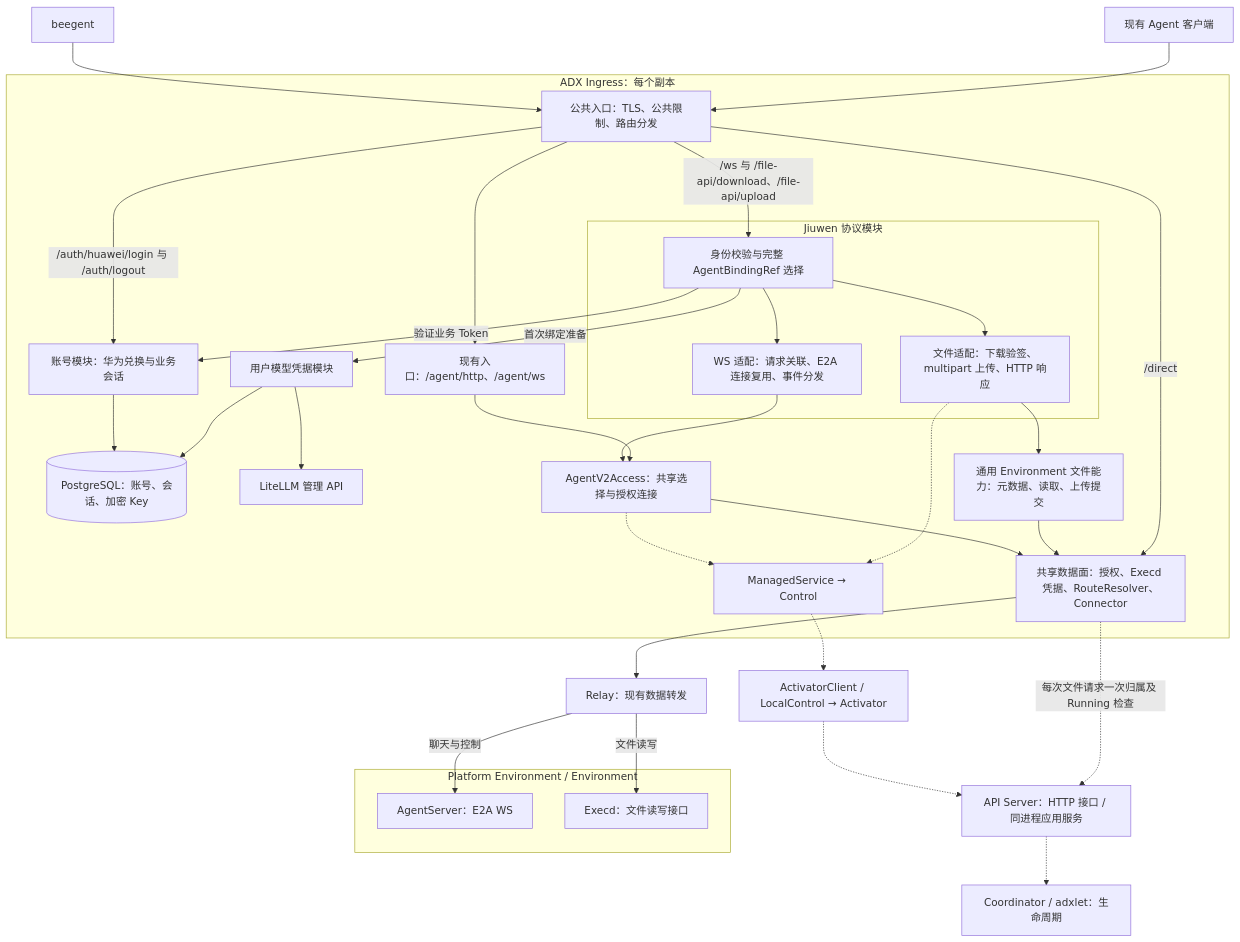
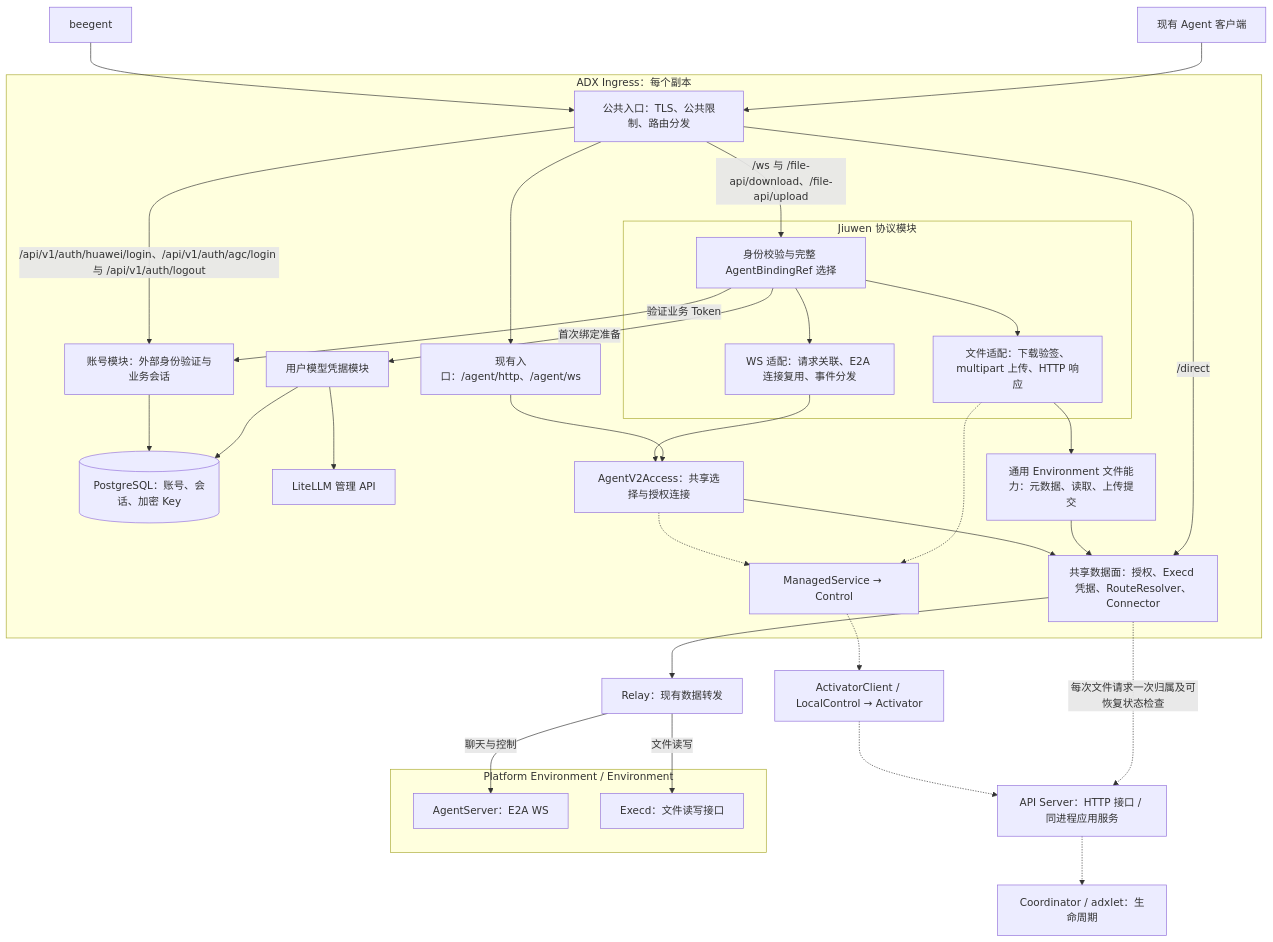
Before and after one commit to WenYuLuo/agent-dx: the first of 3 diagrams in docs/development/jiuwenswarm-adx-gateway-design.md, drawn with Mermaid. The commit also changed other lines of this file and 98 other files, not shown here.

````diff
--- a/docs/development/jiuwenswarm-adx-gateway-design.md
+++ b/docs/development/jiuwenswarm-adx-gateway-design.md
@@ -19,42 +19,42 @@
 ```mermaid
 flowchart TB
     B[beegent] --> I
     X[现有 Agent 客户端] --> I
     subgraph INGRESS[ADX Ingress：每个副本]
         I[公共入口：TLS、公共限制、路由分发]
         subgraph J[Jiuwen 协议模块]
             U[身份校验与完整 AgentBindingRef 选择]
             W[WS 适配：请求关联、E2A 连接复用、事件分发]
             D[文件适配：下载验签、multipart 上传、HTTP 响应]
             U --> W
             U --> D
         end
-        I -->|/auth/huawei/login 与 /auth/logout| AU[账号模块：华为兑换与业务会话]
+        I -->|/api/v1/auth/huawei/login、/api/v1/auth/agc/login 与 /api/v1/auth/logout| AU[账号模块：外部身份验证与业务会话]
         AU --> DB[(PostgreSQL：账号、会话、加密 Key)]
         U -->|验证业务 Token| AU
         U -->|首次绑定准备| MK[用户模型凭据模块]
         MK --> DB
         MK --> LL[LiteLLM 管理 API]
         I -->|/ws 与 /file-api/download、/file-api/upload| U
         I --> A[现有入口：/agent/http、/agent/ws]
         W --> V[AgentV2Access：共享选择与授权连接]
         A --> V
         V -.-> M[ManagedService → Control]
         D -.-> M
         V --> R[共享数据面：授权、Execd 凭据、RouteResolver、Connector]
         D --> F[通用 Environment 文件能力：元数据、读取、上传提交]
         F --> R
         I -->|/direct| R
     end
     M -.-> C[ActivatorClient / LocalControl → Activator]
     C -.-> AP[API Server：HTTP 接口 / 同进程应用服务]
     AP -.-> CP[Coordinator / adxlet：生命周期]
-    R -.->|每次文件请求一次归属及 Running 检查| AP
+    R -.->|每次文件请求一次归属及可恢复状态检查| AP
     R --> L[Relay：现有数据转发]
     subgraph S[Platform Environment / Environment]
         AS[AgentServer：E2A WS]
         E[Execd：文件读写接口]
     end
     L -->|聊天与控制| AS
     L -->|文件读写| E
 ```
````
